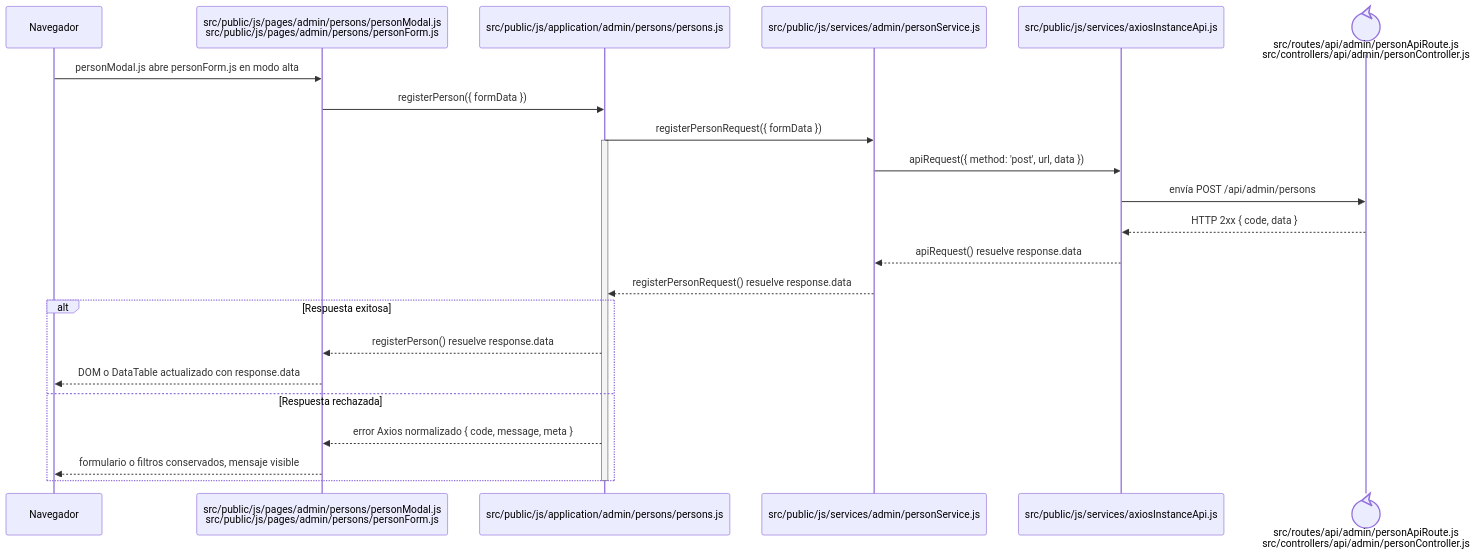
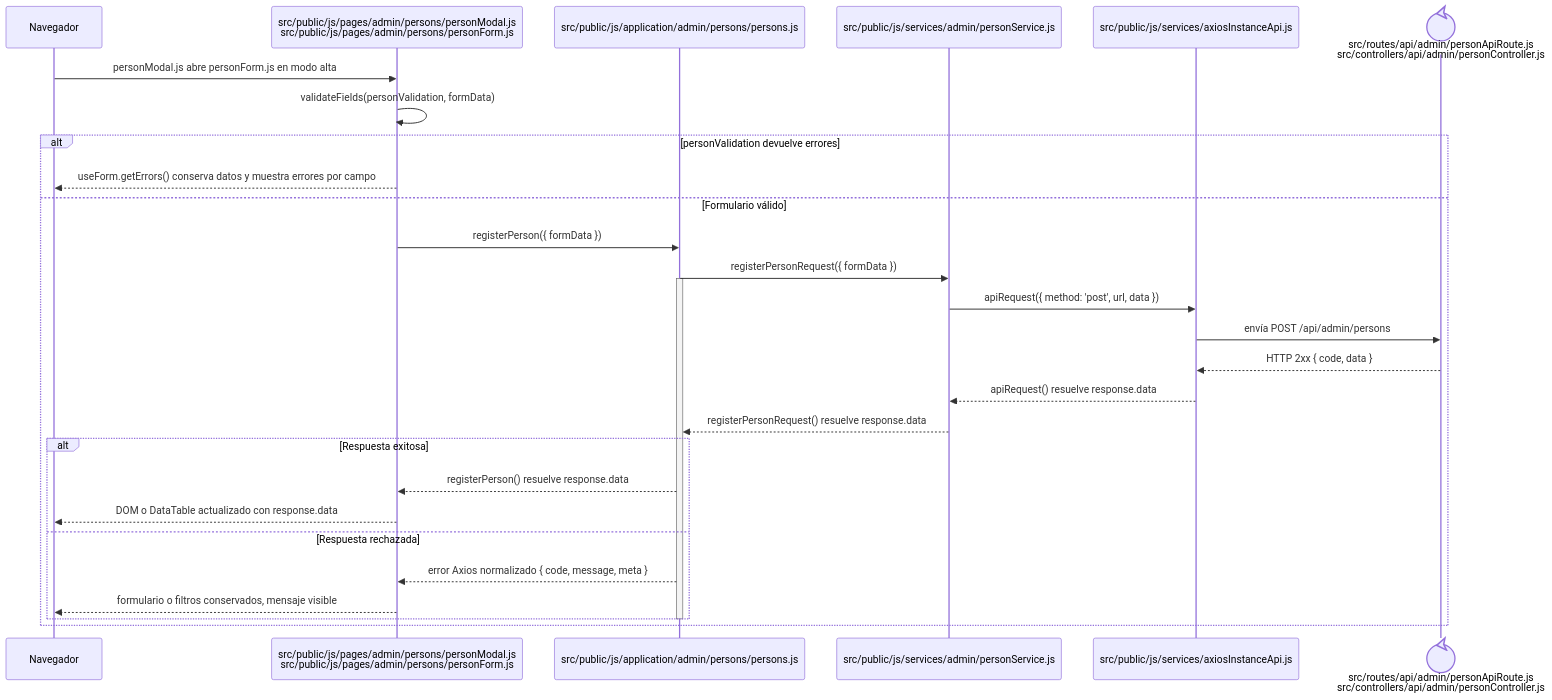
Before and after one commit to gpgsistemas01/nexus: the diagram in docs/architecture/frontend-code-sequences/identity-access/cu-ida-02.md, drawn with Mermaid. The commit also changed 102 other files, not shown here.

````diff
--- a/docs/architecture/frontend-code-sequences/identity-access/cu-ida-02.md
+++ b/docs/architecture/frontend-code-sequences/identity-access/cu-ida-02.md
@@ -6,27 +6,32 @@
 ```mermaid
 sequenceDiagram
     participant Browser as Navegador
     participant View as src/public/js/pages/admin/persons/personModal.js<br/>src/public/js/pages/admin/persons/personForm.js
     participant Application as src/public/js/application/admin/persons/persons.js
     participant Request as src/public/js/services/admin/personService.js
     participant HTTP as src/public/js/services/axiosInstanceApi.js
     participant Transport@{ "type": "control" } as src/routes/api/admin/personApiRoute.js<br/>src/controllers/api/admin/personController.js
 
     Browser->>View: personModal.js abre personForm.js en modo alta
-    View->>Application: registerPerson({ formData })
-    Application->>Request: registerPersonRequest({ formData })
-    activate Application
-    Request->>HTTP: apiRequest({ method: 'post', url, data })
-    HTTP->>Transport: envía POST /api/admin/persons
-    Transport-->>HTTP: HTTP 2xx { code, data }
-    HTTP-->>Request: apiRequest() resuelve response.data
-    Request-->>Application: registerPersonRequest() resuelve response.data
-    alt Respuesta exitosa
-        Application-->>View: registerPerson() resuelve response.data
-        View-->>Browser: DOM o DataTable actualizado con response.data
-    else Respuesta rechazada
-        Application-->>View: error Axios normalizado { code, message, meta }
-        View-->>Browser: formulario o filtros conservados, mensaje visible
+    View->>View: validateFields(personValidation, formData)
+    alt personValidation devuelve errores
+        View-->>Browser: useForm.getErrors() conserva datos y muestra errores por campo
+    else Formulario válido
+        View->>Application: registerPerson({ formData })
+        Application->>Request: registerPersonRequest({ formData })
+        activate Application
+        Request->>HTTP: apiRequest({ method: 'post', url, data })
+        HTTP->>Transport: envía POST /api/admin/persons
+        Transport-->>HTTP: HTTP 2xx { code, data }
+        HTTP-->>Request: apiRequest() resuelve response.data
+        Request-->>Application: registerPersonRequest() resuelve response.data
+        alt Respuesta exitosa
+            Application-->>View: registerPerson() resuelve response.data
+            View-->>Browser: DOM o DataTable actualizado con response.data
+        else Respuesta rechazada
+            Application-->>View: error Axios normalizado { code, message, meta }
+            View-->>Browser: formulario o filtros conservados, mensaje visible
+        end
+        deactivate Application
     end
-    deactivate Application
 ```
````
